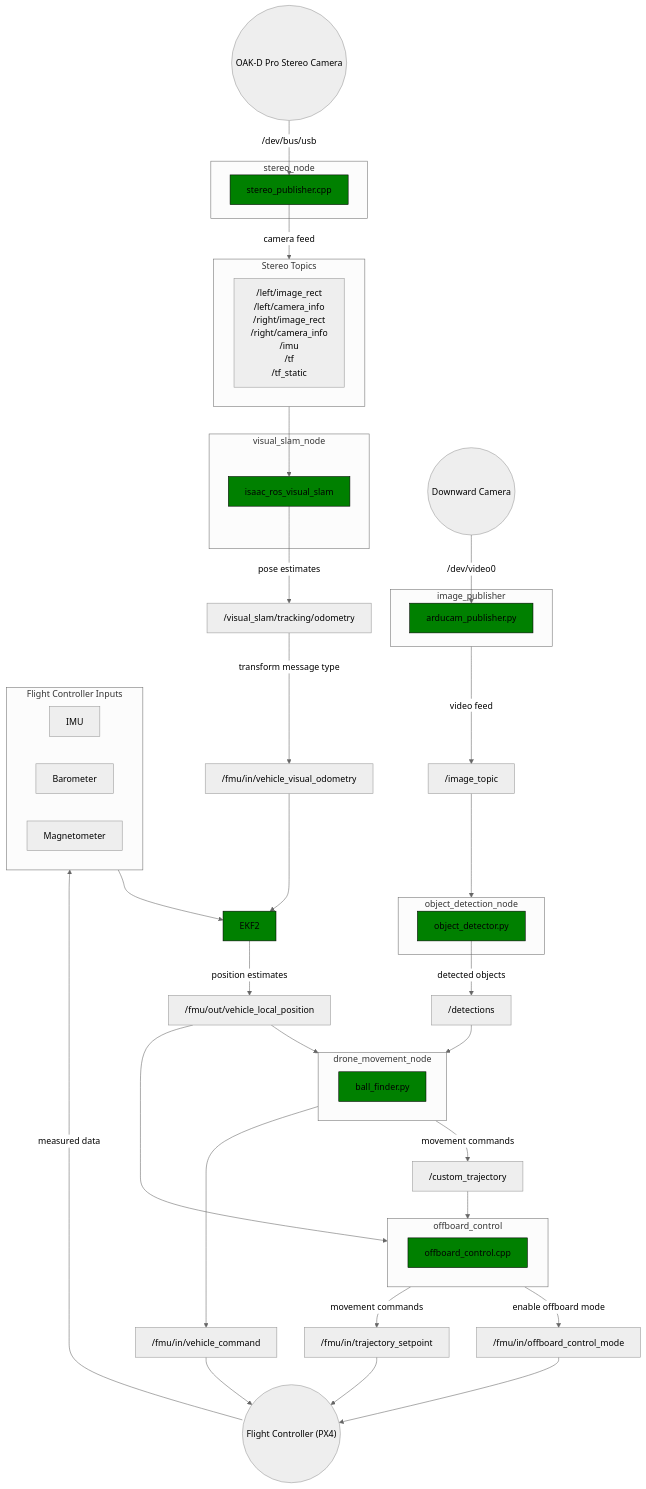
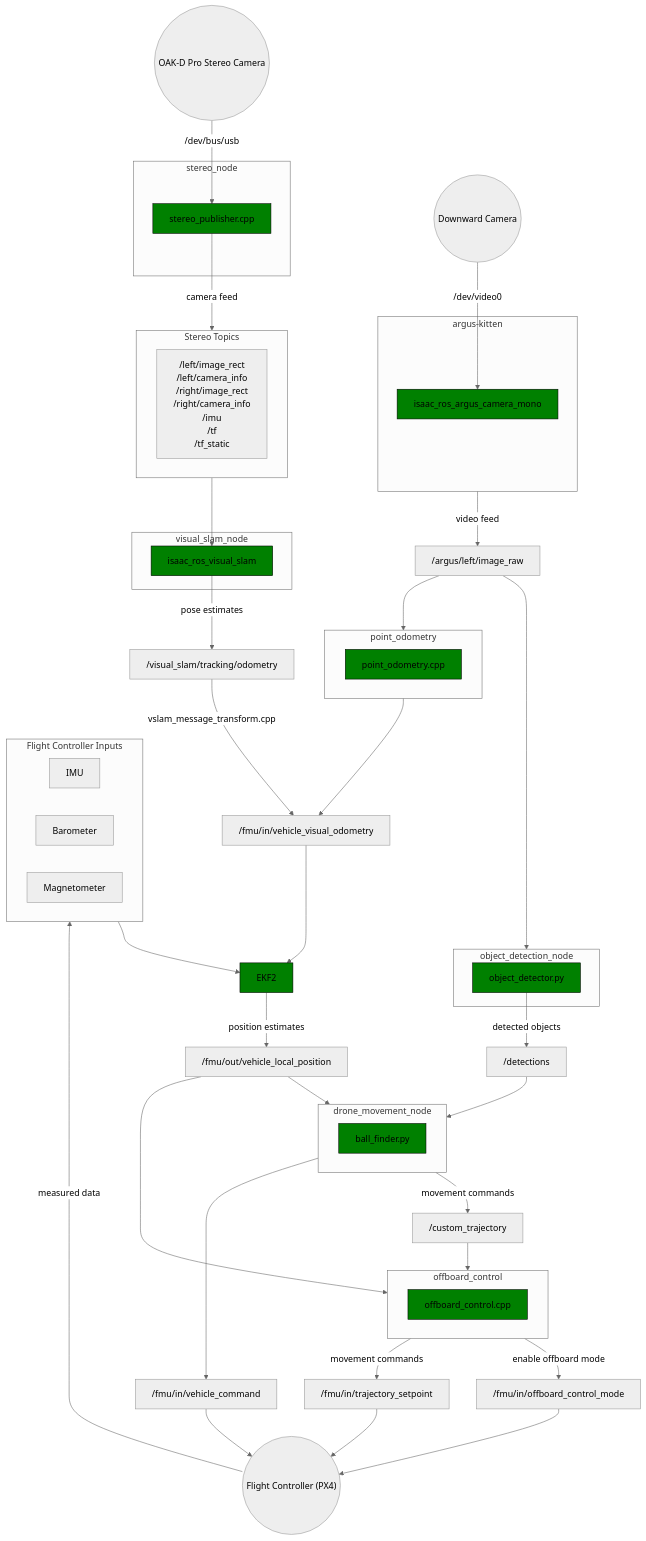
One commit to CatScanners/find-my-kitten changed the diagram in docs/architecture/architecture_diagram.md. Above: the diagram before and after it, drawn with Mermaid (neutral theme). The commit also changed 2 other files, not shown here.

Commit message:
feat: add point_odometry node to architecture diagram

```diff
--- a/docs/architecture/architecture_diagram.md
+++ b/docs/architecture/architecture_diagram.md
@@ -40,8 +40,8 @@
 
     %%Vision package
         
-        subgraph image_publisher
-            arducam_publisher.py:::A
+        subgraph argus-kitten
+            isaac_ros_argus_camera_mono:::A
         end
 
         subgraph object_detection_node
@@ -68,15 +68,23 @@
 
         /fmu/out/vehicle_local_position -->offboard_control
 
-    %%image_publisher
+    %%argus-kitten
 
-        image_publisher --video feed --> /image_topic
+        argus-kitten --video feed --> /argus/left/image_raw
 
     %%object_detection_node
 
-        /image_topic --> object_detection_node
+        /argus/left/image_raw --> object_detection_node
 
        object_detector.py --detected objects --> /detections
+
+    %% Point odometry
+        subgraph point_odometry
+            point_odometry.cpp:::A
+        end
+
+        /argus/left/image_raw --> point_odometry
+        point_odometry --> /fmu/in/vehicle_visual_odometry
 
     %%Stereo camera
         subgraph stereo_node
@@ -102,11 +110,11 @@
         end
         stereo_topics --> isaac_ros_visual_slam
         isaac_ros_visual_slam --pose estimates --> /visual_slam/tracking/odometry
-        /visual_slam/tracking/odometry --transform message type --> /fmu/in/vehicle_visual_odometry
+        /visual_slam/tracking/odometry --vslam_message_transform.cpp --> /fmu/in/vehicle_visual_odometry
         /fmu/in/vehicle_visual_odometry --> ekf2
 
     %%Cameras
-        camera((Downward Camera)) --/dev/video0 --> arducam_publisher.py
+        camera((Downward Camera)) --/dev/video0 --> isaac_ros_argus_camera_mono
         
         stereo_camera((OAK-D Pro Stereo Camera)) --/dev/bus/usb --> stereo_publisher.cpp
 
```
